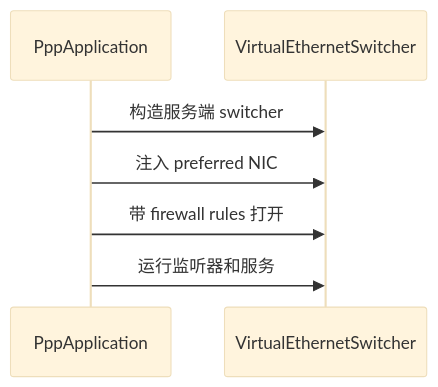
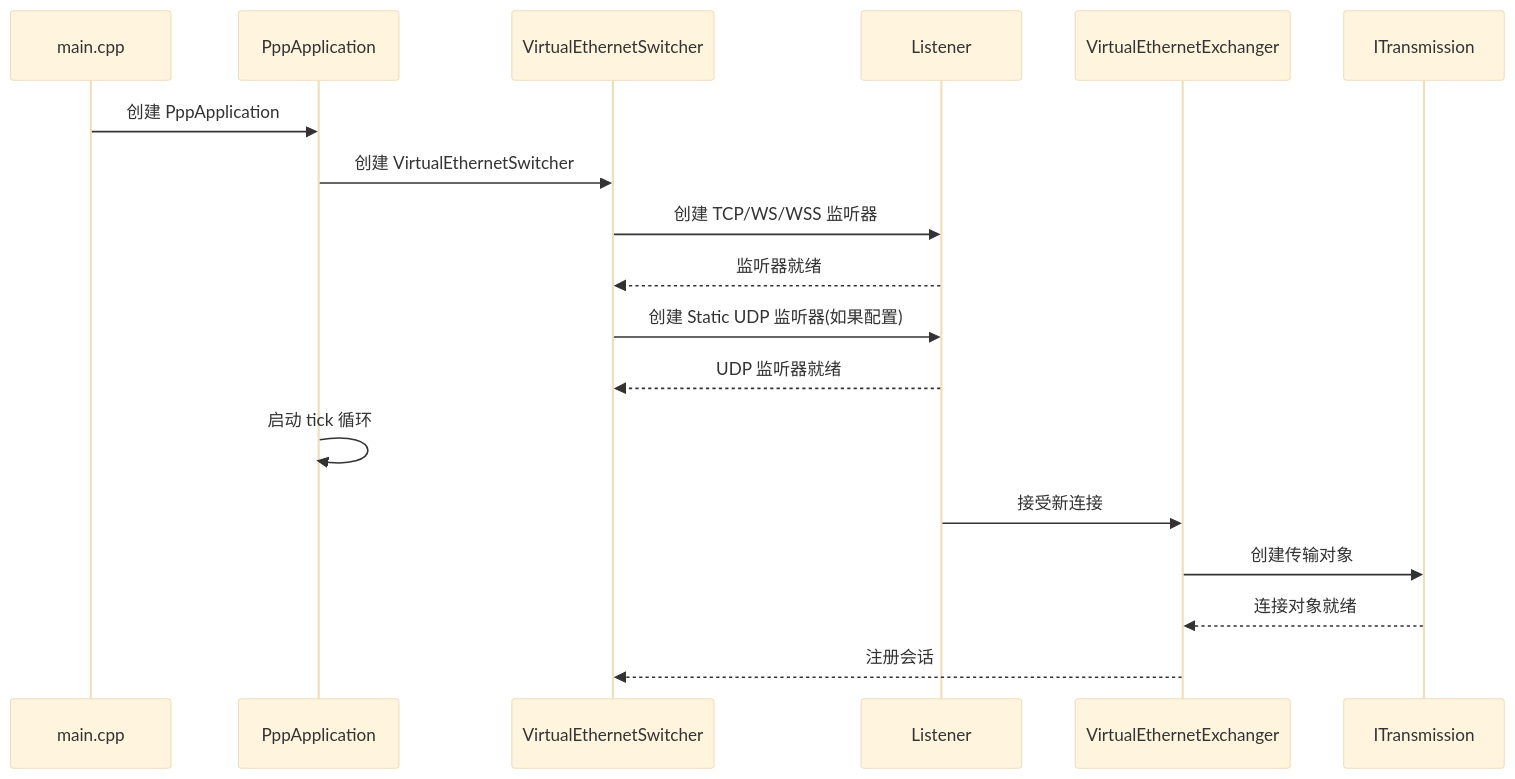
One commit to HyacinthHaru/openppp2 changed the fifth of 7 diagrams in docs/STARTUP_AND_LIFECYCLE_CN.md. Above: the diagram before and after it, drawn with Mermaid (base theme). The commit also changed other lines of this file and 31 other files, not shown here.

````diff
--- a/docs/STARTUP_AND_LIFECYCLE_CN.md
+++ b/docs/STARTUP_AND_LIFECYCLE_CN.md
@@ -217,9 +290,21 @@
 ```mermaid
 sequenceDiagram
+    participant M as main.cpp
     participant P as PppApplication
     participant S as VirtualEthernetSwitcher
-    P->>S: 构造服务端 switcher
-    P->>S: 注入 preferred NIC
-    P->>S: 带 firewall rules 打开
-    P->>S: 运行监听器和服务
+    participant L as Listener
+    participant E as VirtualEthernetExchanger
+    participant T as ITransmission
+    
+    M->>P: 创建 PppApplication
+    P->>S: 创建 VirtualEthernetSwitcher
+    S->>L: 创建 TCP/WS/WSS 监听器
+    L-->>S: 监听器就绪
+    S->>L: 创建 Static UDP 监听器(如果配置)
+    L-->>S: UDP 监听器就绪
+    P->>P: 启动 tick 循环
+    L->>E: 接受新连接
+    E->>T: 创建传输对象
+    T-->>E: 连接对象就绪
+    E-->>S: 注册会话
 ```
````
